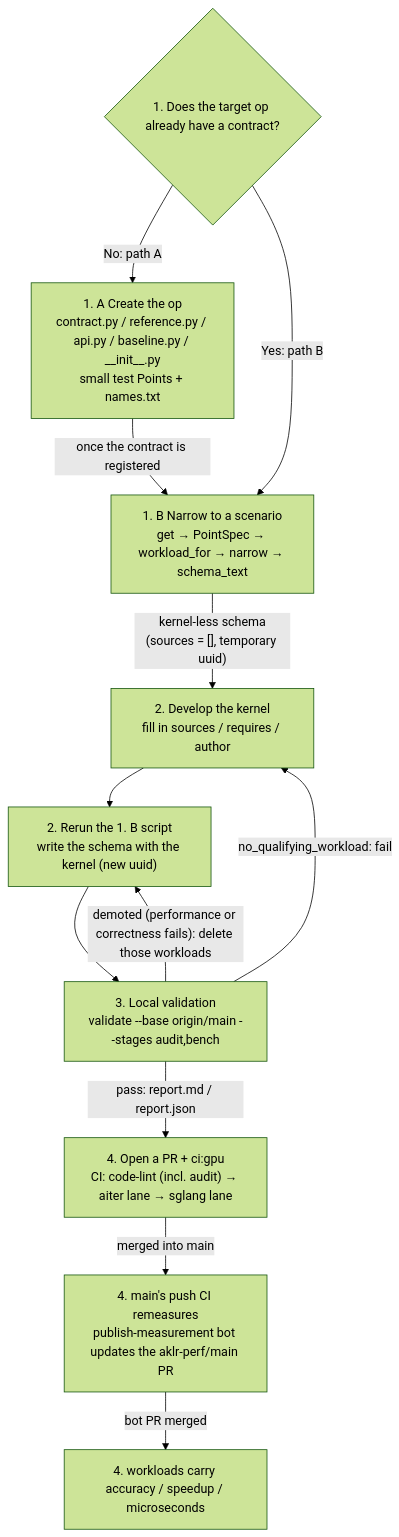
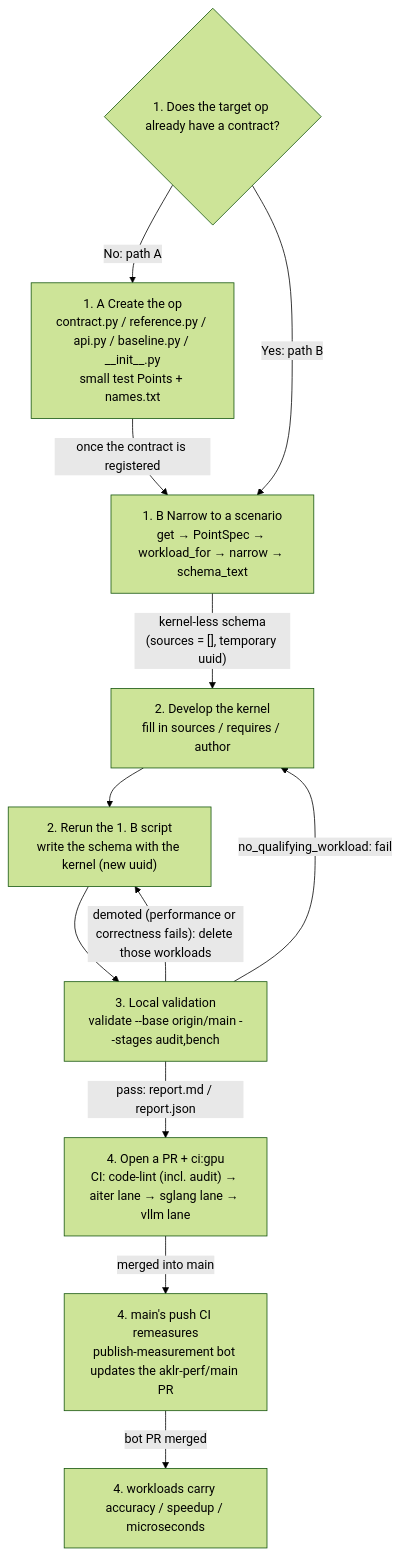
Before and after one commit to AMD-AGI/AKLR: the diagram in docs/ops_tutorial.md, drawn with Mermaid (forest theme). The commit also changed other lines of this file and 4 other files, not shown here.

First line of the commit message:
ci: a vllm lane

````diff
--- a/docs/ops_tutorial.md
+++ b/docs/ops_tutorial.md
@@ -13,14 +13,14 @@
 ```mermaid
 flowchart TD
     S{"1. Does the target op already have a contract?"} -->|"No: path A"| A["1. A Create the op<br/>contract.py / reference.py / api.py / baseline.py / __init__.py<br/>small test Points + names.txt"]
     S -->|"Yes: path B"| B["1. B Narrow to a scenario<br/>get → PointSpec → workload_for → narrow → schema_text"]
     A -->|"once the contract is registered"| B
     B -->|"kernel-less schema<br/>(sources = [], temporary uuid)"| D["2. Develop the kernel<br/>fill in sources / requires / author"]
     D --> R["2. Rerun the 1. B script<br/>write the schema with the kernel (new uuid)"]
     R --> V["3. Local validation<br/>validate --base origin/main --stages audit,bench"]
     V -->|"no_qualifying_workload: fail"| D
     V -->|"demoted (performance or correctness fails): delete those workloads"| R
-    V -->|"pass: report.md / report.json"| P["4. Open a PR + ci:gpu<br/>CI: code-lint (incl. audit) → aiter lane → sglang lane"]
+    V -->|"pass: report.md / report.json"| P["4. Open a PR + ci:gpu<br/>CI: code-lint (incl. audit) → aiter lane → sglang lane → vllm lane"]
     P -->|"merged into main"| M["4. main's push CI remeasures<br/>publish-measurement bot updates the aklr-perf/main PR"]
     M -->|"bot PR merged"| N["4. workloads carry accuracy / speedup / microseconds"]
 ```
````
